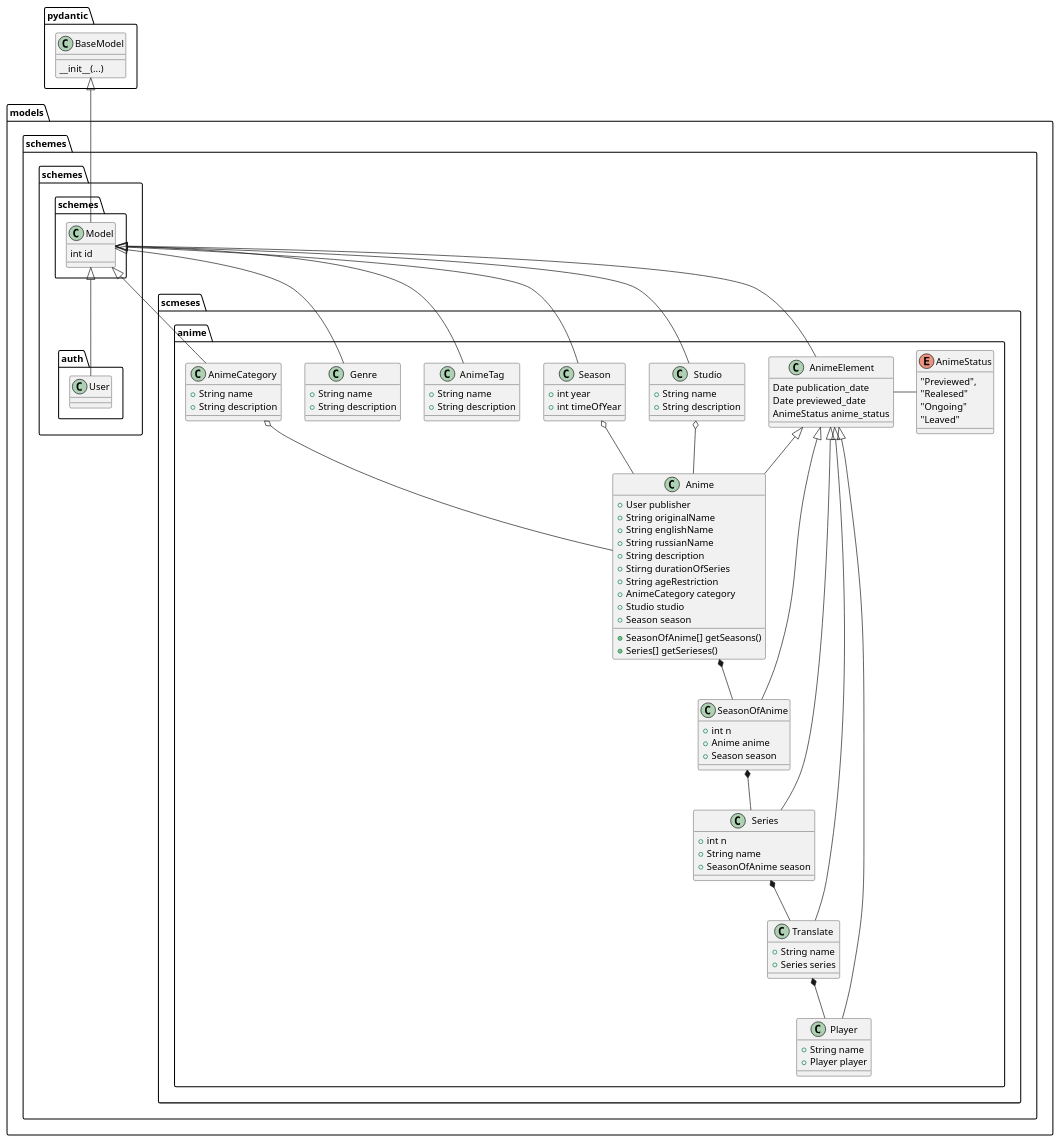
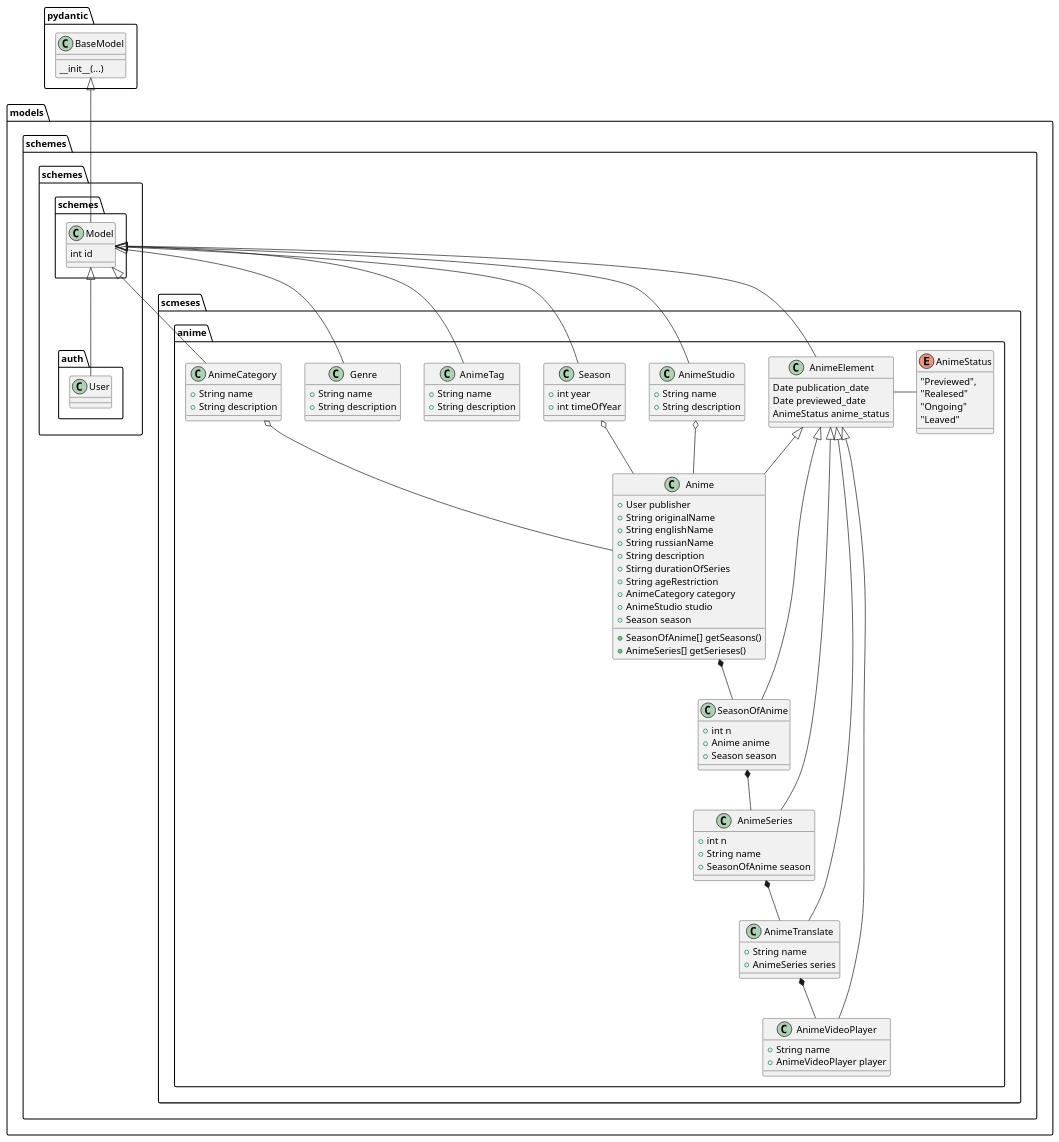
Before and after one commit to undiscoveredWorld/animeWatch: the diagram in docs/diagrams/classes.plantuml, drawn with PlantUML. The commit also changed 12 other files, not shown here.

```diff
--- a/docs/diagrams/classes.plantuml
+++ b/docs/diagrams/classes.plantuml
@@ -1,130 +1,130 @@
 @startuml class
 
 package pydantic {
     class BaseModel {
         __init__(...)
     }
 }
 
 package models {
     package schemes {
         package schemes.schemes {
             class Model {
                 int id
             }
 
             BaseModel <|-- Model
         }
 
         package schemes.auth {
             class User {
 
             }
 
             Model <|-- User
         }
 
         package scmeses.anime {
             class AnimeElement {
                 Date publication_date
                 Date previewed_date
                 AnimeStatus anime_status
             }
 
-            class Player {
+            class AnimeVideoPlayer {
                 + String name
-                + Player player
+                + AnimeVideoPlayer player
             }
 
-            class Translate {
+            class AnimeTranslate {
                 + String name
-                + Series series
+                + AnimeSeries series
             }
 
-            class Series {
+            class AnimeSeries {
                 + int n
                 + String name
                 + SeasonOfAnime season
             }
 
             class SeasonOfAnime {
                 + int n
                 + Anime anime
                 + Season season
             }
 
             class Anime {
                 + User publisher
                 + String originalName
                 + String englishName
                 + String russianName
                 + String description
                 + Stirng durationOfSeries
                 + String ageRestriction
                 + AnimeCategory category
-                + Studio studio
+                + AnimeStudio studio
                 + Season season
                 
                 + SeasonOfAnime[] getSeasons()
-                + Series[] getSerieses()
+                + AnimeSeries[] getSerieses()
             }
 
             class AnimeCategory {
                 + String name
                 + String description
             }
 
             class AnimeTag {
                 + String name
                 + String description
             }
 
             class Genre {
                 + String name
                 + String description
             }
 
-            class Studio {
+            class AnimeStudio {
                 + String name
                 + String description
             }
 
             class Season {
                 + int year
                 + int timeOfYear
             }
 
             enum AnimeStatus {
                 "Previewed",
                 "Realesed"
                 "Ongoing"
                 "Leaved"
             }
 
             Model <|-- AnimeElement
             Model <|-- AnimeCategory
             Model <|-- AnimeTag
             Model <|-- Genre
-            Model <|-- Studio
+            Model <|-- AnimeStudio
             Model <|-- Season
 
-            AnimeElement <|-- Player
-            AnimeElement <|-- Translate
-            AnimeElement <|-- Series
+            AnimeElement <|-- AnimeVideoPlayer
+            AnimeElement <|-- AnimeTranslate
+            AnimeElement <|-- AnimeSeries
             AnimeElement <|-- SeasonOfAnime
             AnimeElement <|-- Anime
 
             AnimeElement - AnimeStatus
 
-            Translate *-- Player
-            Series *-- Translate
-            SeasonOfAnime *-- Series
+            AnimeTranslate *-- AnimeVideoPlayer
+            AnimeSeries *-- AnimeTranslate
+            SeasonOfAnime *-- AnimeSeries
             Anime *-- SeasonOfAnime
             AnimeCategory o-- Anime
-            Studio o-- Anime
+            AnimeStudio o-- Anime
             Season o--Anime
         }
     }
 }
 
 @enduml
```
